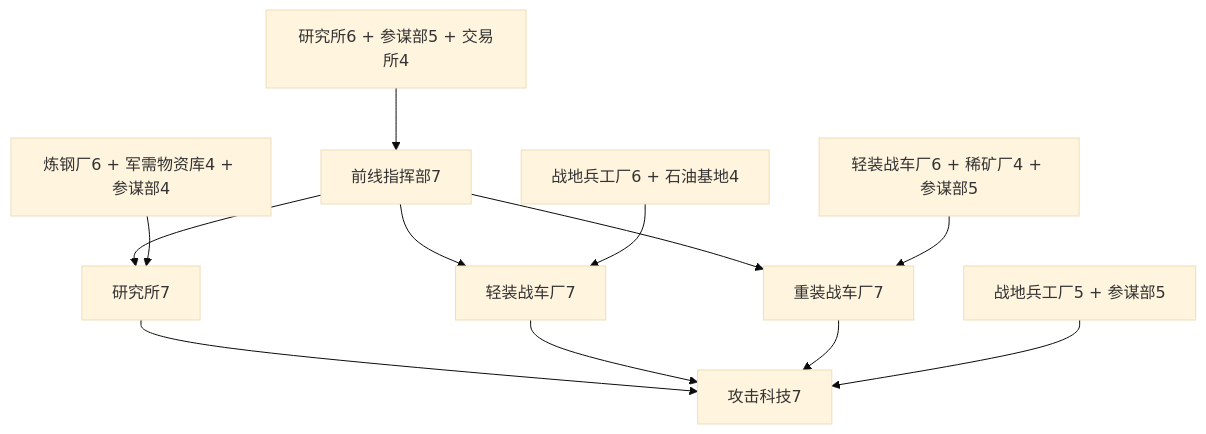
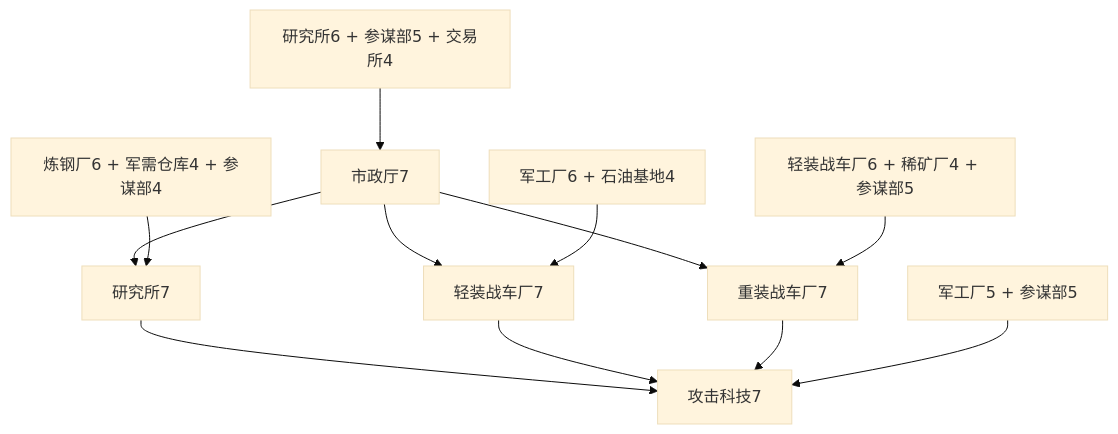
Before and after one commit to wangyuan123/Mountain-and-River-Expedition-Record: the diagram in docs/TECH_BUILDING_PREREQUISITES_DESIGN.md, drawn with Mermaid (base theme). The commit also changed other lines of this file and 343 other files, not shown here.

Commit message:
[FEAT]: 新增论坛系统、军团聊天、排行榜与管理后台体系，升级四象限大地图渲染与正交/变种地形资产

````diff
--- a/docs/TECH_BUILDING_PREREQUISITES_DESIGN.md
+++ b/docs/TECH_BUILDING_PREREQUISITES_DESIGN.md
@@ -164,14 +164,14 @@
 ```mermaid
 flowchart TD
-  A[研究所6 + 参谋部5 + 交易所4] --> B[前线指挥部7]
+  A[研究所6 + 参谋部5 + 交易所4] --> B[市政厅7]
   B --> C[研究所7]
   B --> D[轻装战车厂7]
   B --> E[重装战车厂7]
-  F[战地兵工厂6 + 石油基地4] --> D
+  F[军工厂6 + 石油基地4] --> D
   G[轻装战车厂6 + 稀矿厂4 + 参谋部5] --> E
-  H[炼钢厂6 + 军需物资库4 + 参谋部4] --> C
+  H[炼钢厂6 + 军需仓库4 + 参谋部4] --> C
   C --> T[攻击科技7]
   D --> T
   E --> T
-  I[战地兵工厂5 + 参谋部5] --> T
+  I[军工厂5 + 参谋部5] --> T
 ```
````
